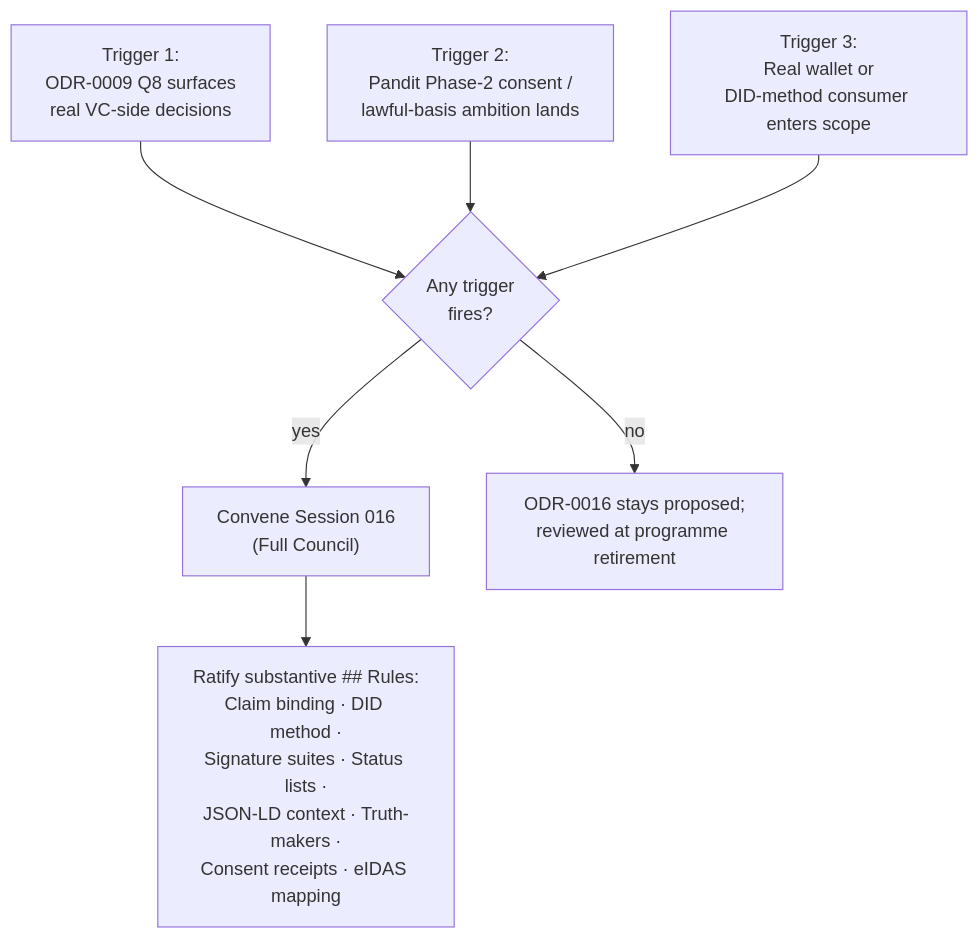
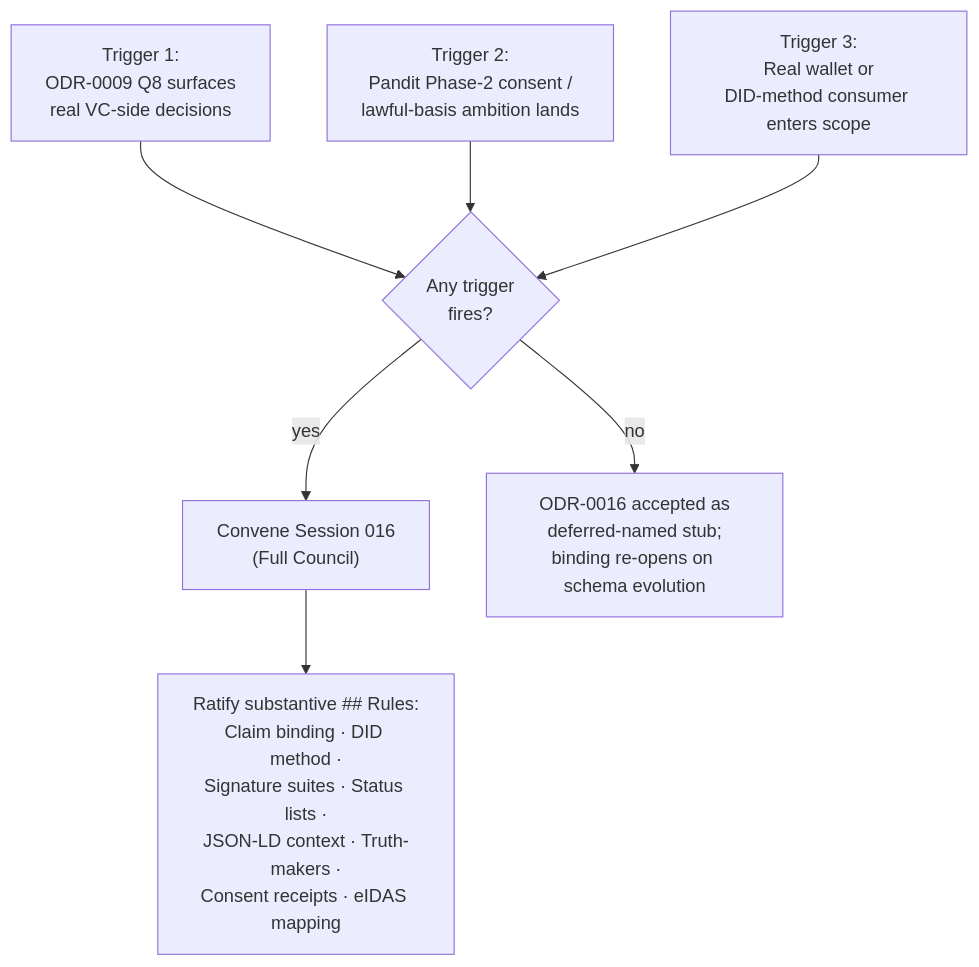
The fourth of 4 diagrams in docs/ontology/odr/ODR-0016-w3c-vc-did-compatibility.md (sparkling/opda), drawn with Mermaid before and after one commit. The commit also changed other lines of this file and 34 other files, not shown here.

First line of the commit message:
feat(ontology): remove WG gates, set schema-accommodation scope (session-031), execute G25 gUFO typing (ADR-0034)

````diff
--- a/docs/ontology/odr/ODR-0016-w3c-vc-did-compatibility.md
+++ b/docs/ontology/odr/ODR-0016-w3c-vc-did-compatibility.md
@@ -157,20 +158,20 @@
 ```mermaid
 flowchart TD
     accTitle: ODR-0016 activation trigger decision flowchart
     accDescr: Shows three named activation triggers — ODR-0009 Q8, Pandit Phase-2 consent receipts, and a real wallet or DID consumer — each leading to Session 016.
 
     T1["Trigger 1:<br/>ODR-0009 Q8 surfaces<br/>real VC-side decisions"]:::process
     T2["Trigger 2:<br/>Pandit Phase-2 consent /<br/>lawful-basis ambition lands"]:::process
     T3["Trigger 3:<br/>Real wallet or<br/>DID-method consumer enters scope"]:::process
 
     D{"Any trigger<br/>fires?"}:::warning
 
     T1 --> D
     T2 --> D
     T3 --> D
 
     D -->|"yes"| S016["Convene Session 016<br/>(Full Council)"]:::success
-    D -->|"no"| DEFER["ODR-0016 stays proposed;<br/>reviewed at programme retirement"]:::user
+    D -->|"no"| DEFER["ODR-0016 accepted as<br/>deferred-named stub;<br/>binding re-opens on schema evolution"]:::user
 
     S016 --> RULES["Ratify substantive ## Rules:<br/>Claim binding · DID method ·<br/>Signature suites · Status lists ·<br/>JSON-LD context · Truth-makers ·<br/>Consent receipts · eIDAS mapping"]:::success
 ```
````
